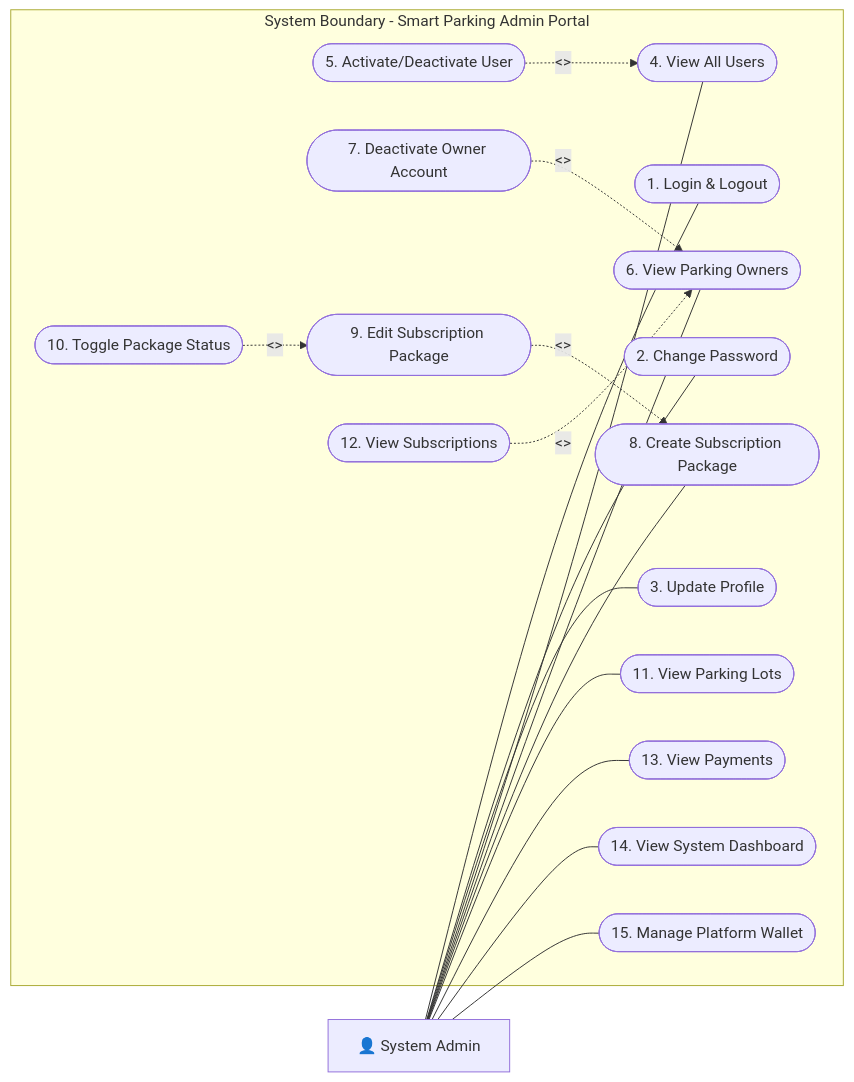
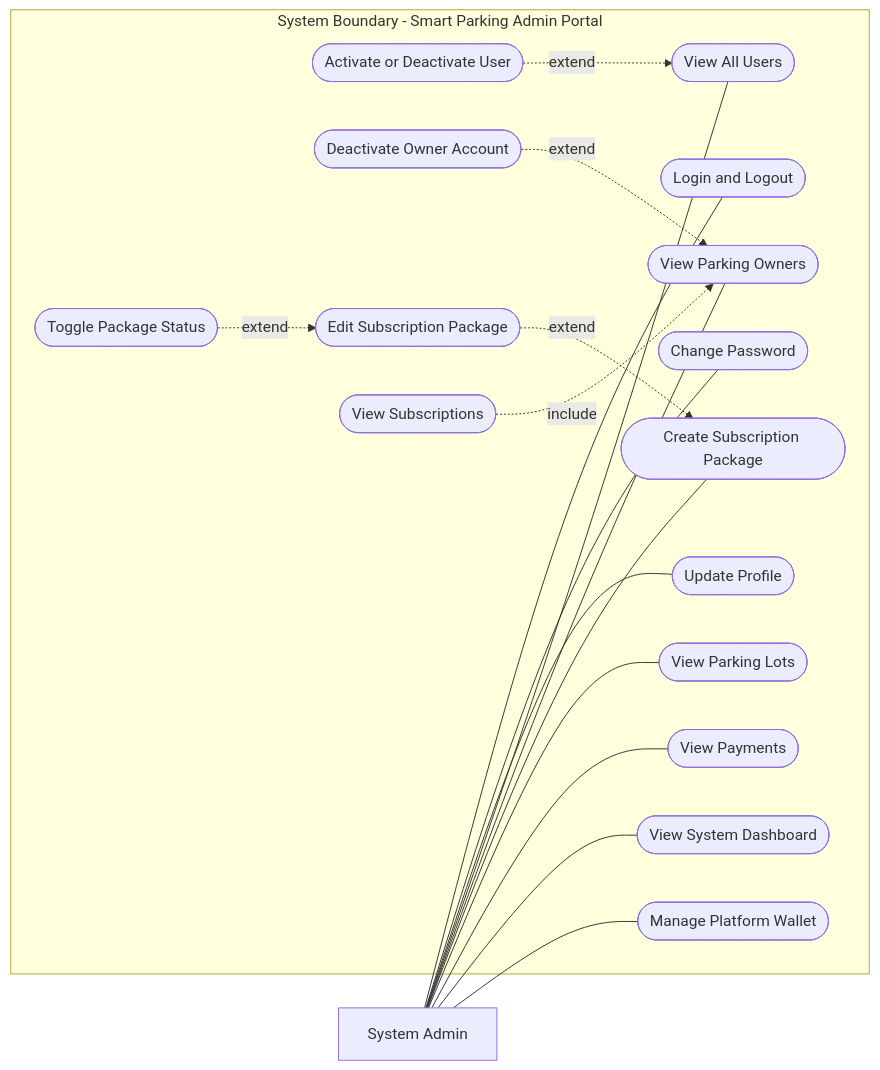
The third of 16 diagrams in docs/Smart_Parking_Lot_System_Documentation.md (kxunsithu/smart-parking-lot-system), drawn with Mermaid before and after one commit. The commit also changed other lines of this file and 1 other file, not shown here.

````diff
--- a/docs/Smart_Parking_Lot_System_Documentation.md
+++ b/docs/Smart_Parking_Lot_System_Documentation.md
@@ -578,40 +622,40 @@
 ```mermaid
 graph LR
-    Admin["👤 System Admin"]
+    Admin["System Admin"]
 
     subgraph "System Boundary - Smart Parking Admin Portal"
-        A1(["1. Login & Logout"])
-        A2(["2. Change Password"])
-        A3(["3. Update Profile"])
-        B1(["4. View All Users"])
-        B2(["5. Activate/Deactivate User"])
-        C1(["6. View Parking Owners"])
-        C2(["7. Deactivate Owner Account"])
-        D1(["8. Create Subscription Package"])
-        D2(["9. Edit Subscription Package"])
-        D3(["10. Toggle Package Status"])
-        E1(["11. View Parking Lots"])
-        E2(["12. View Subscriptions"])
-        E3(["13. View Payments"])
-        E4(["14. View System Dashboard"])
-        F1(["15. Manage Platform Wallet"])
+        A1(["Login and Logout"])
+        A2(["Change Password"])
+        A3(["Update Profile"])
+        B1(["View All Users"])
+        B2(["Activate or Deactivate User"])
+        C1(["View Parking Owners"])
+        C2(["Deactivate Owner Account"])
+        D1(["Create Subscription Package"])
+        D2(["Edit Subscription Package"])
+        D3(["Toggle Package Status"])
+        E1(["View Parking Lots"])
+        E2(["View Subscriptions"])
+        E3(["View Payments"])
+        E4(["View System Dashboard"])
+        F1(["Manage Platform Wallet"])
     end
 
     Admin --- A1
     Admin --- A2
     Admin --- A3
     Admin --- B1
     Admin --- C1
     Admin --- D1
     Admin --- E1
     Admin --- E3
     Admin --- E4
     Admin --- F1
 
-    %% include & extend relationships
-    E2 -.->|"<<include>>"| C1
-    B2 -.->|"<<extend>>"| B1
-    C2 -.->|"<<extend>>"| C1
-    D2 -.->|"<<extend>>"| D1
-    D3 -.->|"<<extend>>"| D2
+    %% include and extend relationships
+    E2 -.->|include| C1
+    B2 -.->|extend| B1
+    C2 -.->|extend| C1
+    D2 -.->|extend| D1
+    D3 -.->|extend| D2
 ```
````
